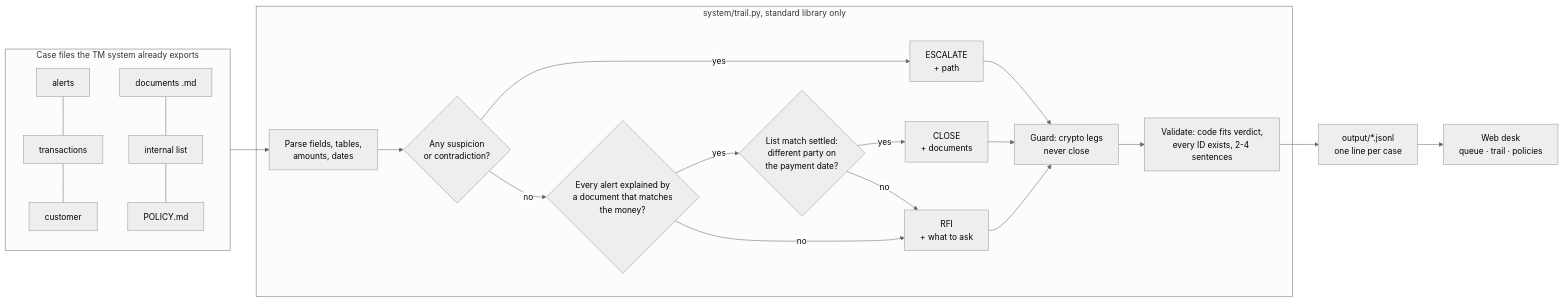
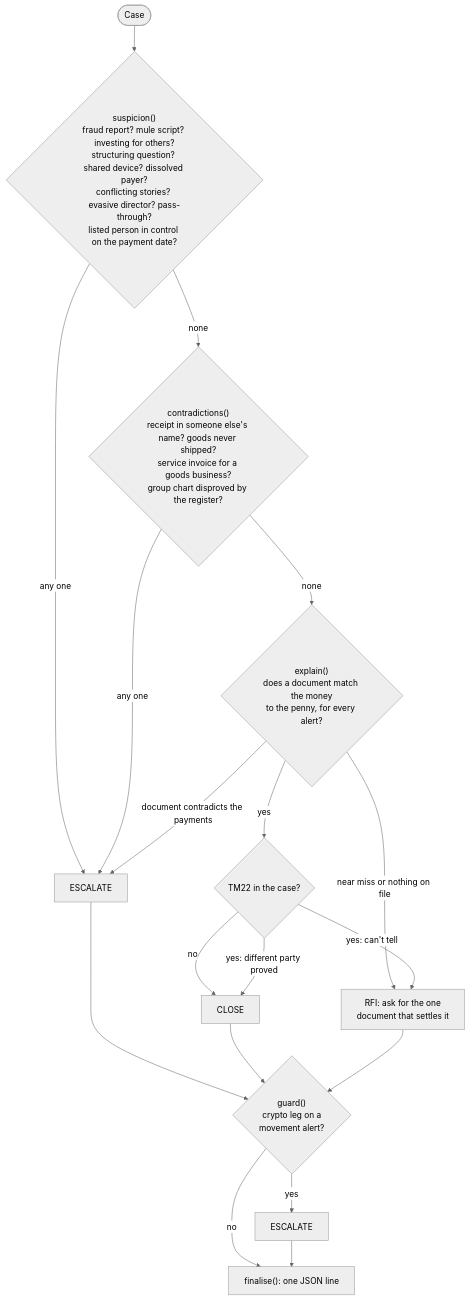
One commit to Ibad-10/trail changed the second of 4 diagrams in README.md. Above: the diagram before and after it, drawn with Mermaid (neutral theme). The commit also changed other lines of this file, not shown here.

Commit message:
README: file-level data flow, decision flowchart and two worked case flowcharts

````diff
--- a/README.md
+++ b/README.md
@@ -64,23 +98,20 @@
 ```mermaid
-flowchart LR
-  subgraph IN [Case files the TM system already exports]
-    A[alerts] --- T[transactions] --- C[customer]
-    D[documents .md] --- L[internal list] --- P[POLICY.md]
-  end
-  IN --> E1
-  subgraph ENG [system/trail.py, standard library only]
-    E1[Parse fields, tables,<br/>amounts, dates] --> E2{Any suspicion<br/>or contradiction?}
-    E2 -- yes --> ESC[ESCALATE<br/>+ path]
-    E2 -- no --> E3{Every alert explained by<br/>a document that matches<br/>the money?}
-    E3 -- yes --> E4{List match settled:<br/>different party on<br/>the payment date?}
-    E4 -- yes --> CLO[CLOSE<br/>+ documents]
-    E4 -- no --> RFI[RFI<br/>+ what to ask]
-    E3 -- no --> RFI
-    ESC --> G[Guard: crypto legs<br/>never close]
-    CLO --> G
-    RFI --> G
-    G --> V[Validate: code fits verdict,<br/>every ID exists, 2-4 sentences]
-  end
-  V --> OUT[output/*.jsonl<br/>one line per case]
-  OUT --> WEB[Web desk<br/>queue · trail · policies]
+flowchart TD
+  S([Case]) --> SUS{"suspicion()<br/>fraud report? mule script? investing for others?<br/>structuring question? shared device? dissolved payer?<br/>conflicting stories? evasive director? pass-through?<br/>listed person in control on the payment date?"}
+  SUS -- any one --> E1[ESCALATE]
+  SUS -- none --> CON{"contradictions()<br/>receipt in someone else's name? goods never shipped?<br/>service invoice for a goods business?<br/>group chart disproved by the register?"}
+  CON -- any one --> E1
+  CON -- none --> EXP{"explain()<br/>does a document match the money<br/>to the penny, for every alert?"}
+  EXP -- "yes" --> L22{"TM22 in the case?"}
+  EXP -- "near miss or nothing on file" --> R1["RFI: ask for the one<br/>document that settles it"]
+  EXP -- "document contradicts the payments" --> E1
+  L22 -- no --> C1[CLOSE]
+  L22 -- "yes: different party proved" --> C1
+  L22 -- "yes: can't tell" --> R1
+  E1 --> G{"guard()<br/>crypto leg on a<br/>movement alert?"}
+  C1 --> G
+  R1 --> G
+  G -- "yes" --> E2[ESCALATE]
+  G -- "no" --> F["finalise(): one JSON line"]
+  E2 --> F
 ```
````
